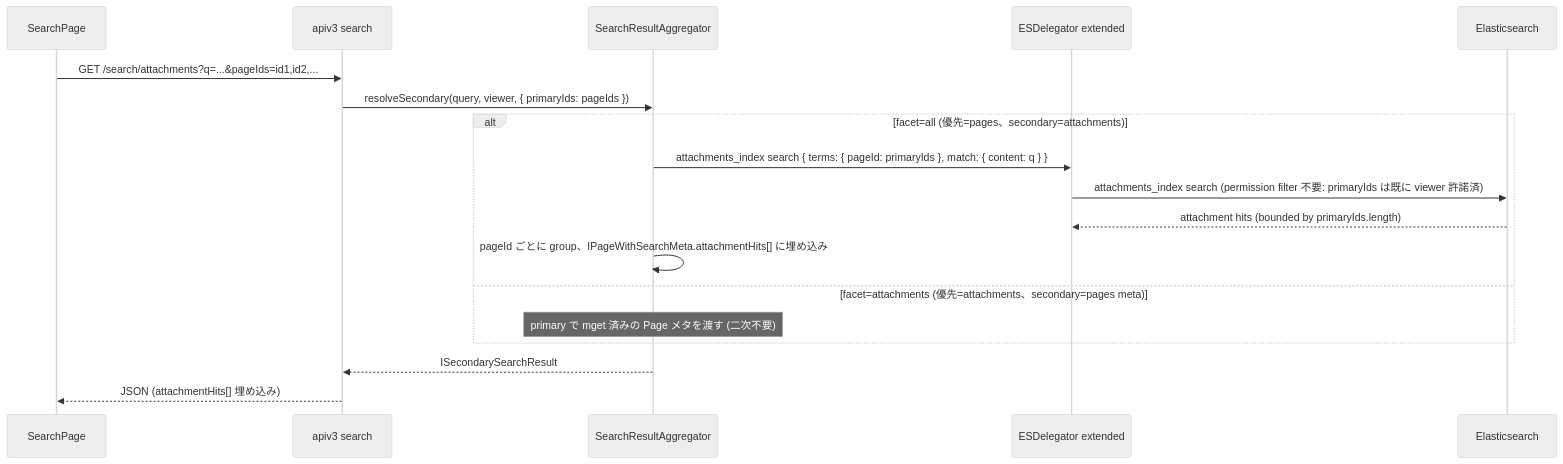
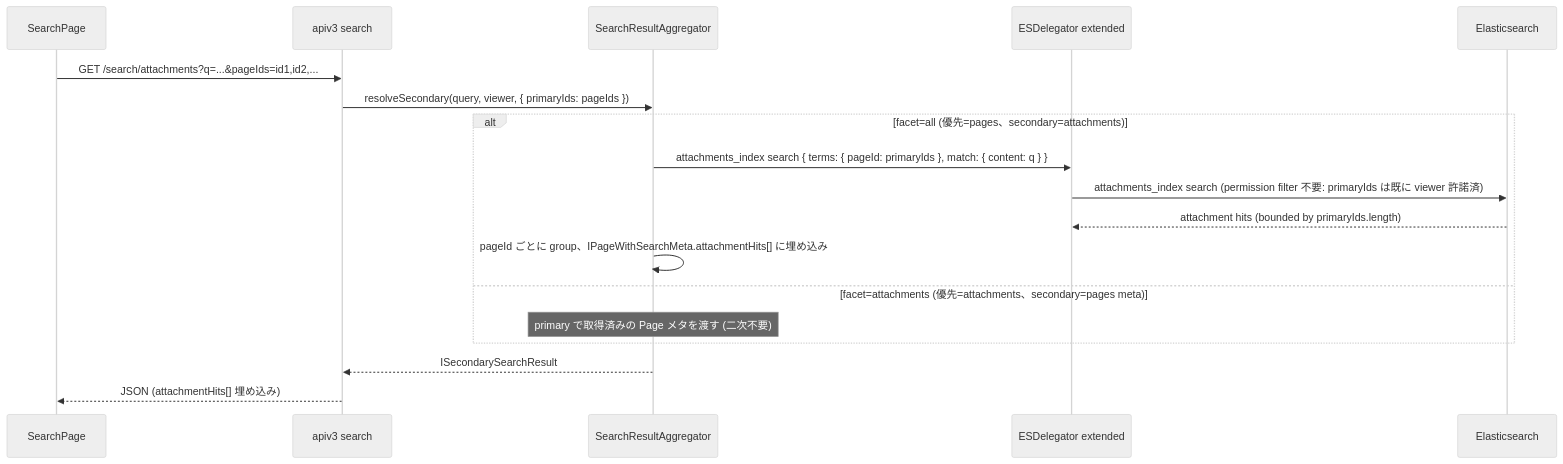
The fourth of 6 diagrams in .kiro/specs/attachment-search-indexing/design.md (growilabs/growi), drawn with Mermaid (neutral theme) before and after one commit. The commit also changed other lines of this file and 3 other files, not shown here.

````diff
--- a/.kiro/specs/attachment-search-indexing/design.md
+++ b/.kiro/specs/attachment-search-indexing/design.md
@@ -355,23 +366,23 @@
 ```mermaid
 sequenceDiagram
     participant UI as SearchPage
     participant Api as apiv3 search
     participant Svc as SearchResultAggregator
     participant Del as ESDelegator extended
     participant ES as Elasticsearch
 
     UI->>Api: GET /search/attachments?q=...&pageIds=id1,id2,...
     Api->>Svc: resolveSecondary(query, viewer, { primaryIds: pageIds })
 
     alt facet=all (優先=pages、secondary=attachments)
         Svc->>Del: attachments_index search { terms: { pageId: primaryIds }, match: { content: q } }
         Del->>ES: attachments_index search (permission filter 不要: primaryIds は既に viewer 許諾済)
         ES-->>Del: attachment hits (bounded by primaryIds.length)
         Svc->>Svc: pageId ごとに group、IPageWithSearchMeta.attachmentHits[] に埋め込み
     else facet=attachments (優先=attachments、secondary=pages meta)
-        Note over Svc: primary で mget 済みの Page メタを渡す (二次不要)
+        Note over Svc: primary で取得済みの Page メタを渡す (二次不要)
     end
 
     Svc-->>Api: ISecondarySearchResult
     Api-->>UI: JSON (attachmentHits[] 埋め込み)
 ```
````
